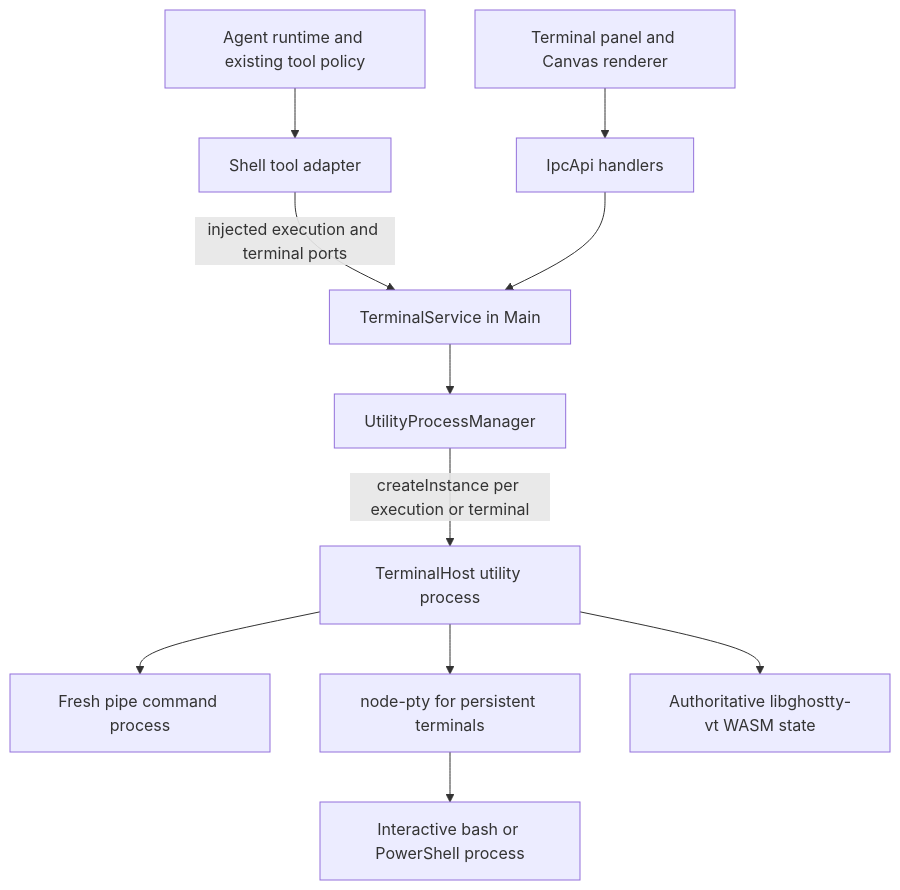
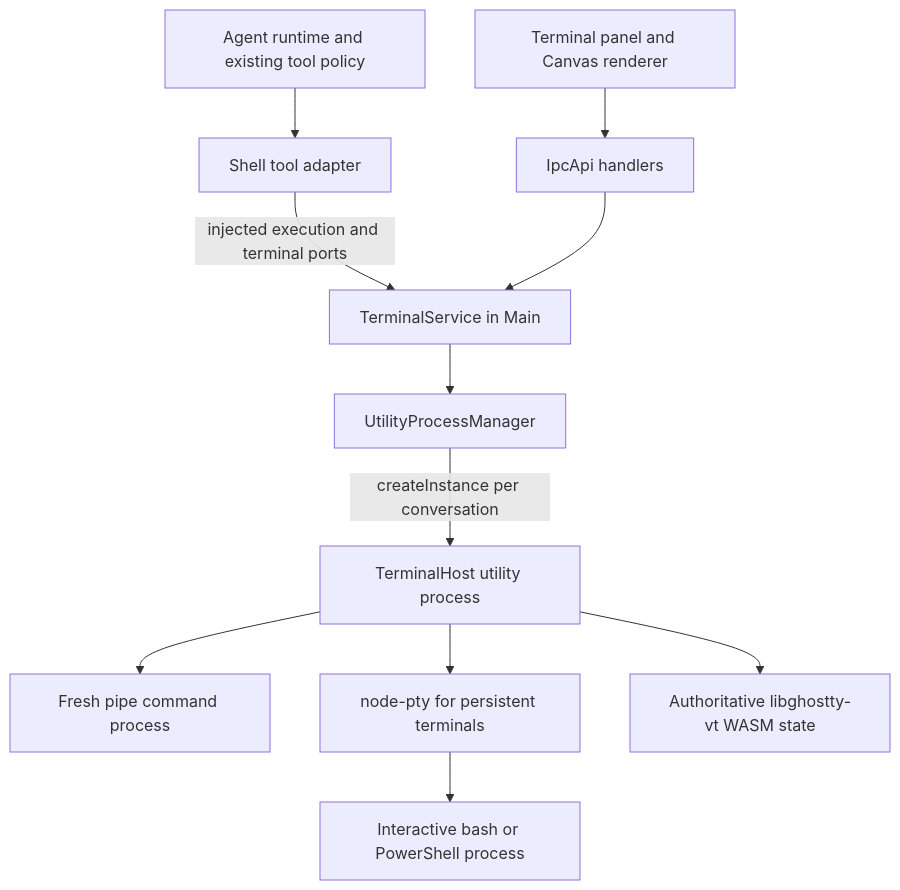
The diagram in .agents/notes/proposed/architecture/2026-11-14-shared-agent-terminal.md (CherryHQ/cherry-studio), drawn with Mermaid before and after one commit. The commit also changed other lines of this file and 2 other files, not shown here.

Commit message:
docs(terminal): scope terminal hosts to conversations

````diff
--- a/.agents/notes/proposed/architecture/2026-11-14-shared-agent-terminal.md
+++ b/.agents/notes/proposed/architecture/2026-11-14-shared-agent-terminal.md
@@ -94,13 +94,13 @@
 ```mermaid
 flowchart TD
   A[Agent runtime and existing tool policy] --> B[Shell tool adapter]
   B -->|injected execution and terminal ports| T[TerminalService in Main]
   R[Terminal panel and Canvas renderer] --> I[IpcApi handlers]
   I --> T
   T --> U[UtilityProcessManager]
-  U -->|createInstance per execution or terminal| P[TerminalHost utility process]
+  U -->|createInstance per conversation| P[TerminalHost utility process]
   P --> C[Fresh pipe command process]
   P --> N[node-pty for persistent terminals]
   N --> S[Interactive bash or PowerShell process]
   P --> G[Authoritative libghostty-vt WASM state]
 ```
````
